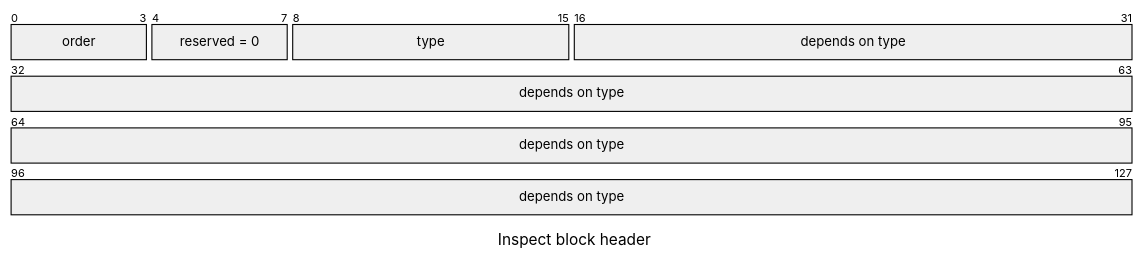
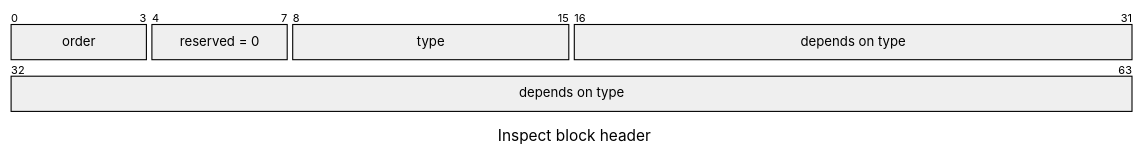
Before and after one commit to misttech/mist-os: the first of 12 diagrams in docs/reference/platform-spec/diagnostics/inspect-vmo-format.md, drawn with Mermaid. The commit also changed other lines of this file, not shown here.

````diff
--- a/docs/reference/platform-spec/diagnostics/inspect-vmo-format.md
+++ b/docs/reference/platform-spec/diagnostics/inspect-vmo-format.md
@@ -104,11 +104,10 @@
 ```mermaid
 ---
 title: "Inspect block header"
 ---
 packet-beta
 0-3: "order"
 4-7: "reserved = 0"
 8-15: "type"
 16-63: "depends on type"
-64-127: "depends on type"
 ```
````
